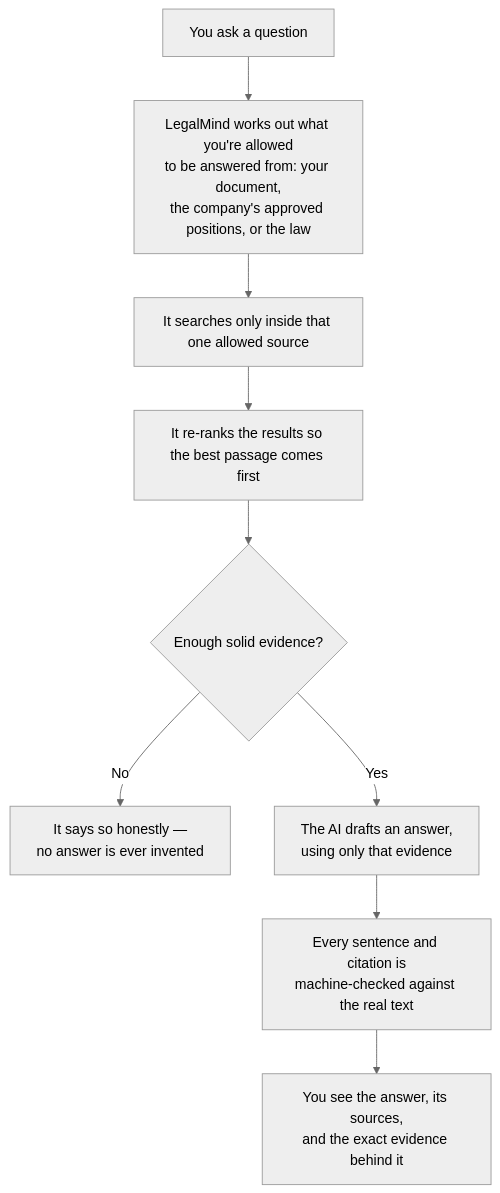
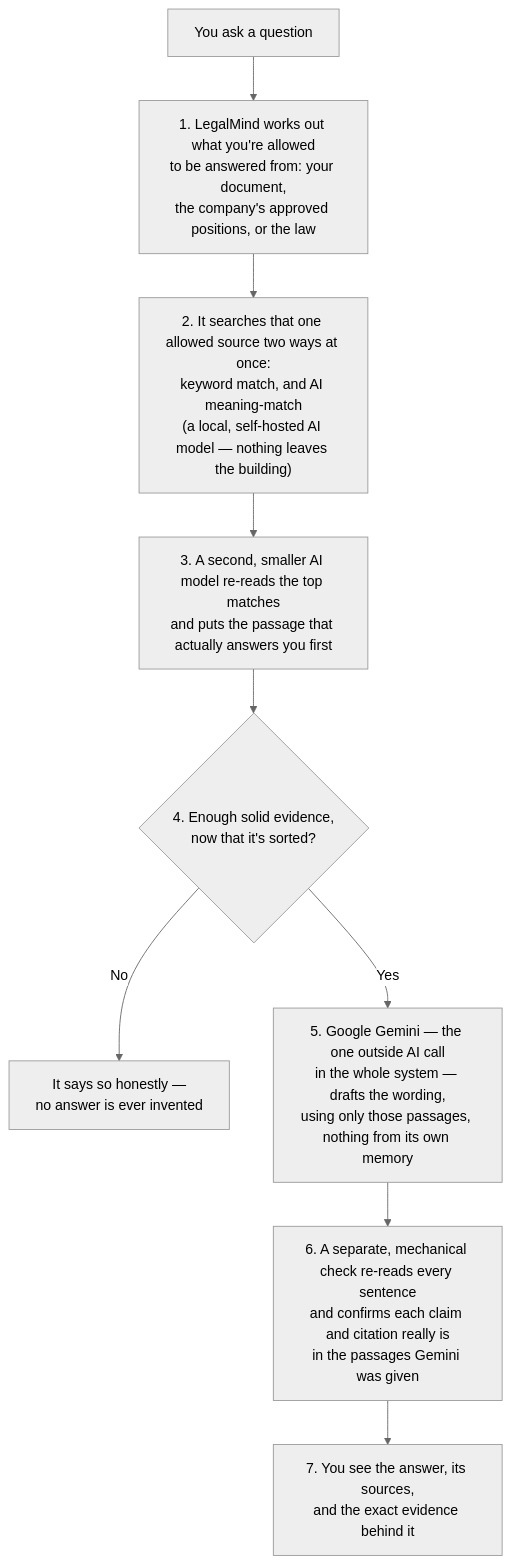
One commit to aman-data-on/LegalMind_v1 changed the fifth of 5 diagrams in docs/00-project/LEGALMIND_EXPLAINED.md. Above: the diagram before and after it, drawn with Mermaid (neutral theme). The commit also changed other lines of this file, not shown here.

First line of the commit message:
Docs: name the actual Ask mechanics, not just the verbs

````diff
--- a/docs/00-project/LEGALMIND_EXPLAINED.md
+++ b/docs/00-project/LEGALMIND_EXPLAINED.md
@@ -92,11 +91,11 @@
 ```mermaid
 flowchart TD
-    Q[You ask a question] --> P["LegalMind works out what you're allowed<br/>to be answered from: your document,<br/>the company's approved positions, or the law"]
-    P --> S[It searches only inside that one allowed source]
-    S --> R[It re-ranks the results so the best passage comes first]
-    R --> G{Enough solid evidence?}
+    Q[You ask a question] --> P["1. LegalMind works out what you're allowed<br/>to be answered from: your document,<br/>the company's approved positions, or the law"]
+    P --> S["2. It searches that one allowed source two ways at once:<br/>keyword match, and AI meaning-match<br/>(a local, self-hosted AI model — nothing leaves the building)"]
+    S --> R["3. A second, smaller AI model re-reads the top matches<br/>and puts the passage that actually answers you first"]
+    R --> G{"4. Enough solid evidence,<br/>now that it's sorted?"}
     G -- No --> N["It says so honestly —<br/>no answer is ever invented"]
-    G -- Yes --> W["The AI drafts an answer,<br/>using only that evidence"]
-    W --> V["Every sentence and citation is<br/>machine-checked against the real text"]
-    V --> O["You see the answer, its sources,<br/>and the exact evidence behind it"]
+    G -- Yes --> W["5. Google Gemini — the one outside AI call<br/>in the whole system — drafts the wording,<br/>using only those passages, nothing from its own memory"]
+    W --> V["6. A separate, mechanical check re-reads every sentence<br/>and confirms each claim and citation really is<br/>in the passages Gemini was given"]
+    V --> O["7. You see the answer, its sources,<br/>and the exact evidence behind it"]
 ```
````
